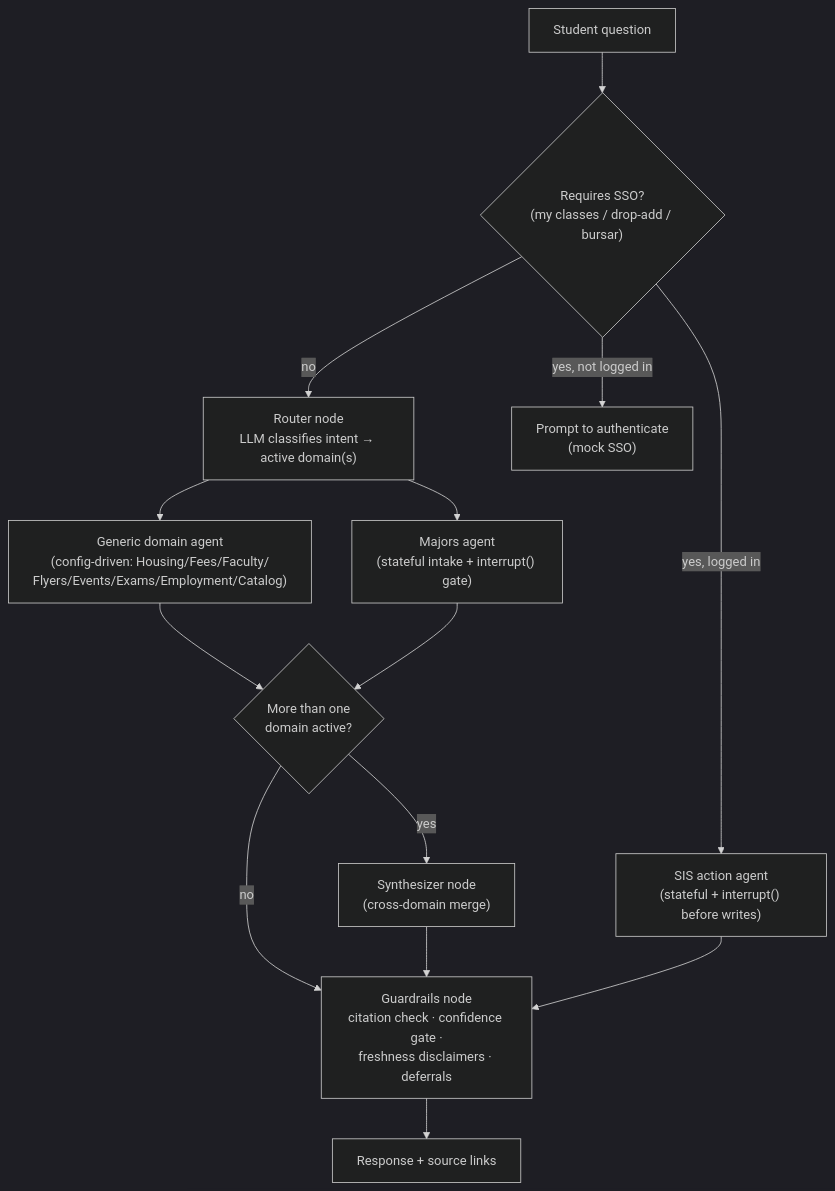
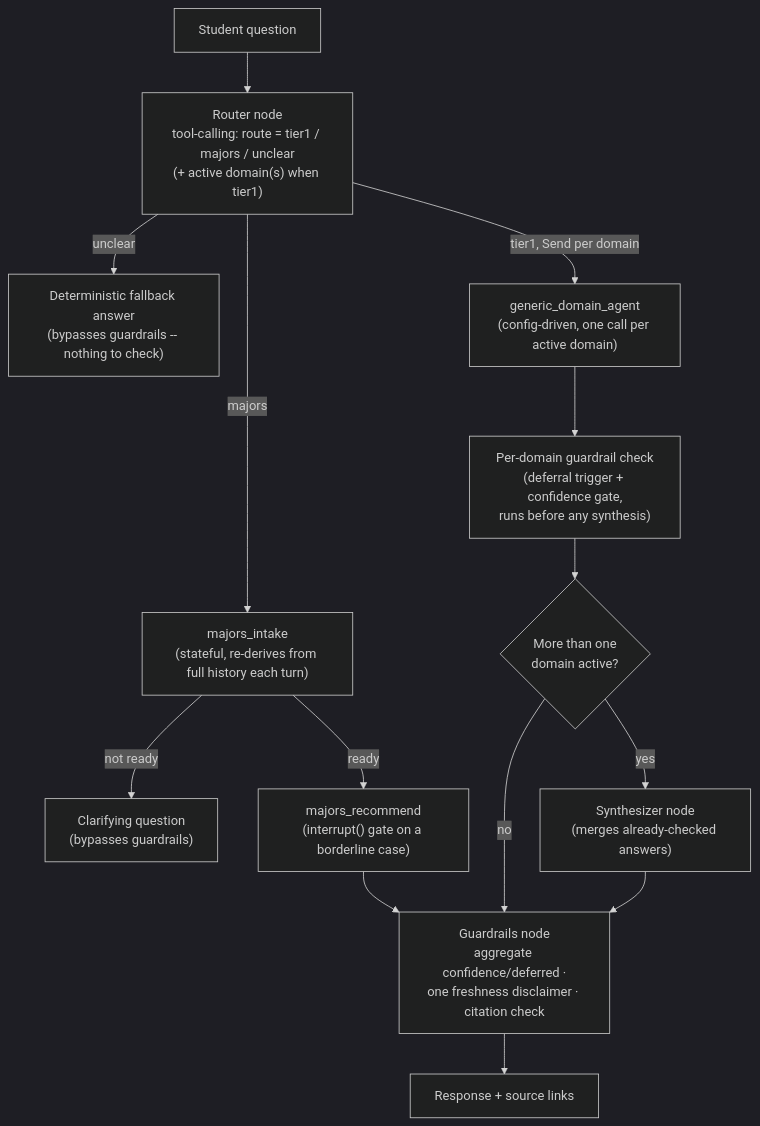
Before and after one commit to Madhan120-prog/tigermind: the diagram in PLAN.md, drawn with Mermaid (dark theme). The commit also changed other lines of this file and 4 other files, not shown here.

````diff
--- a/PLAN.md
+++ b/PLAN.md
@@ -109,22 +117,20 @@
 ```mermaid
 graph TB
-    Q["Student question"] --> AUTH{"Requires SSO?<br/>(my classes / drop-add / bursar)"}
+    Q["Student question"] --> R["Router node<br/>tool-calling: route = tier1 / majors / unclear<br/>(+ active domain(s) when tier1)"]
 
-    AUTH -- no --> R["Router node<br/>LLM classifies intent → active domain(s)"]
-    AUTH -- yes, not logged in --> LOGIN["Prompt to authenticate<br/>(mock SSO)"]
-    AUTH -- yes, logged in --> SIS["SIS action agent<br/>(stateful + interrupt() before writes)"]
+    R -- unclear --> OUT1["Deterministic fallback answer<br/>(bypasses guardrails -- nothing to check)"]
 
-    R --> GEN["Generic domain agent<br/>(config-driven: Housing/Fees/Faculty/<br/>Flyers/Events/Exams/Employment/Catalog)"]
-    R --> M["Majors agent<br/>(stateful intake + interrupt() gate)"]
+    R -- majors --> MI["majors_intake<br/>(stateful, re-derives from full history each turn)"]
+    MI -- not ready --> OUT2["Clarifying question<br/>(bypasses guardrails)"]
+    MI -- ready --> MR["majors_recommend<br/>(interrupt() gate on a borderline case)"]
+    MR --> G
 
-    GEN --> D{"More than one<br/>domain active?"}
-    M --> D
-
-    D -- yes --> S["Synthesizer node<br/>(cross-domain merge)"]
-    D -- no --> G["Guardrails node"]
+    R -- "tier1, Send per domain" --> GEN["generic_domain_agent<br/>(config-driven, one call per active domain)"]
+    GEN --> CHK["Per-domain guardrail check<br/>(deferral trigger + confidence gate,<br/>runs before any synthesis)"]
+    CHK --> D{"More than one<br/>domain active?"}
+    D -- yes --> S["Synthesizer node<br/>(merges already-checked answers)"]
+    D -- no --> G
     S --> G
 
-    SIS --> G
-
-    G["Guardrails node<br/>citation check · confidence gate ·<br/>freshness disclaimers · deferrals"] --> OUT["Response + source links"]
+    G["Guardrails node<br/>aggregate confidence/deferred ·<br/>one freshness disclaimer · citation check"] --> OUT3["Response + source links"]
 ```
````
